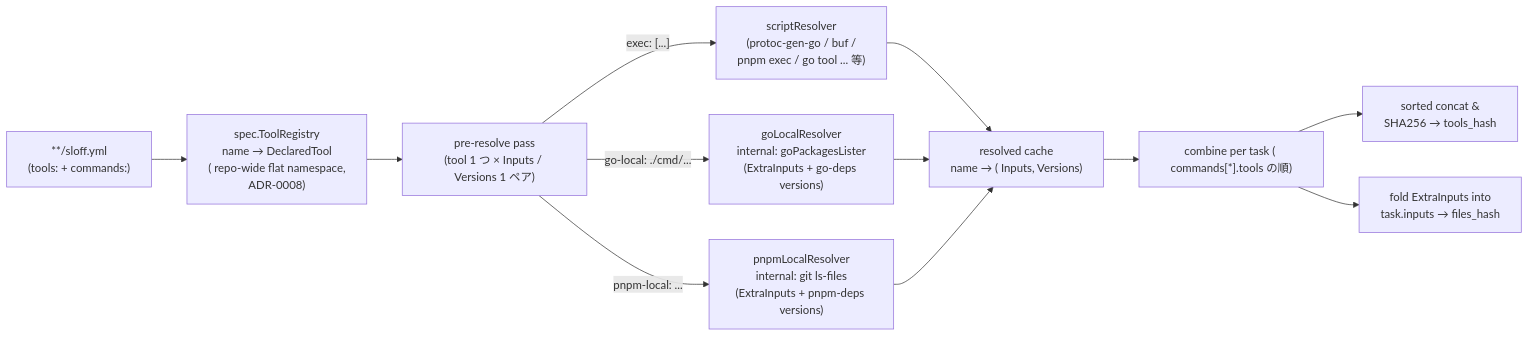
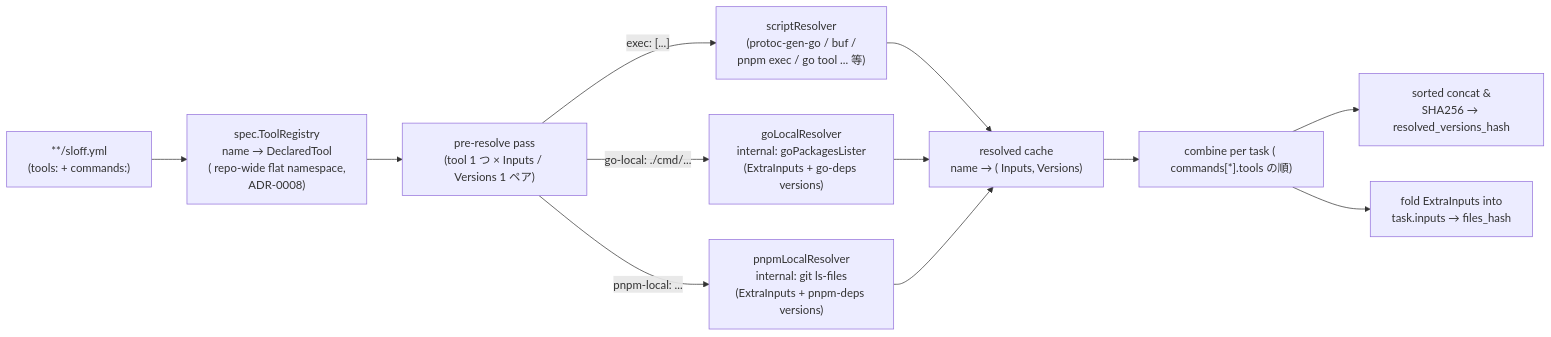
Before and after one commit to izumin5210/sloff: the second of 3 diagrams in docs/design/architecture.md, drawn with Mermaid. The commit also changed other lines of this file and 115 other files, not shown here.

````diff
--- a/docs/design/architecture.md
+++ b/docs/design/architecture.md
@@ -323,14 +329,14 @@
 ```mermaid
 flowchart LR
     YAML["**/sloff.yml<br/>(tools: + commands:)"] --> REG["spec.ToolRegistry<br/>name → DeclaredTool<br/>( repo-wide flat namespace,<br/>ADR-0008)"]
     REG --> PRE["pre-resolve pass<br/>(tool 1 つ × Inputs / Versions 1 ペア)"]
     PRE -->|"exec: [...]"| SCRIPT["scriptResolver<br/>(protoc-gen-go / buf /<br/>pnpm exec / go tool ... 等)"]
     PRE -->|"go-local: ./cmd/..."| GOLOC["goLocalResolver<br/>internal: goPackagesLister<br/>(ExtraInputs + go-deps versions)"]
     PRE -->|"pnpm-local: ..."| PNPMLOC["pnpmLocalResolver<br/>internal: git ls-files<br/>(ExtraInputs + pnpm-deps versions)"]
     SCRIPT --> CACHE["resolved cache<br/>name → ( Inputs, Versions)"]
     GOLOC --> CACHE
     PNPMLOC --> CACHE
     CACHE --> COMBINE["combine per task ( commands[*].tools の順)"]
-    COMBINE --> CONCAT["sorted concat &<br/>SHA256 → tools_hash"]
+    COMBINE --> CONCAT["sorted concat &<br/>SHA256 → resolved_versions_hash"]
     COMBINE --> INPUTS["fold ExtraInputs into<br/>task.inputs → files_hash"]
 ```
````
